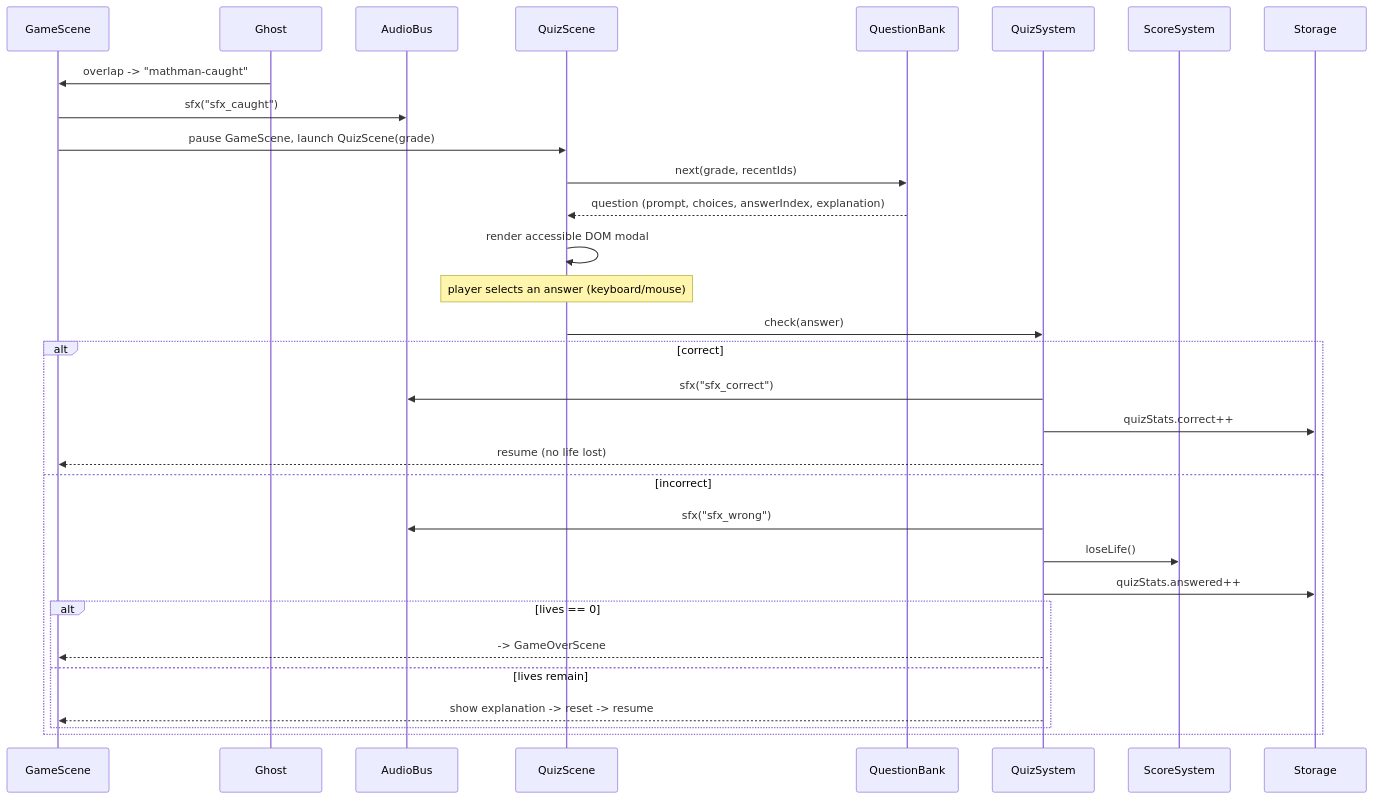
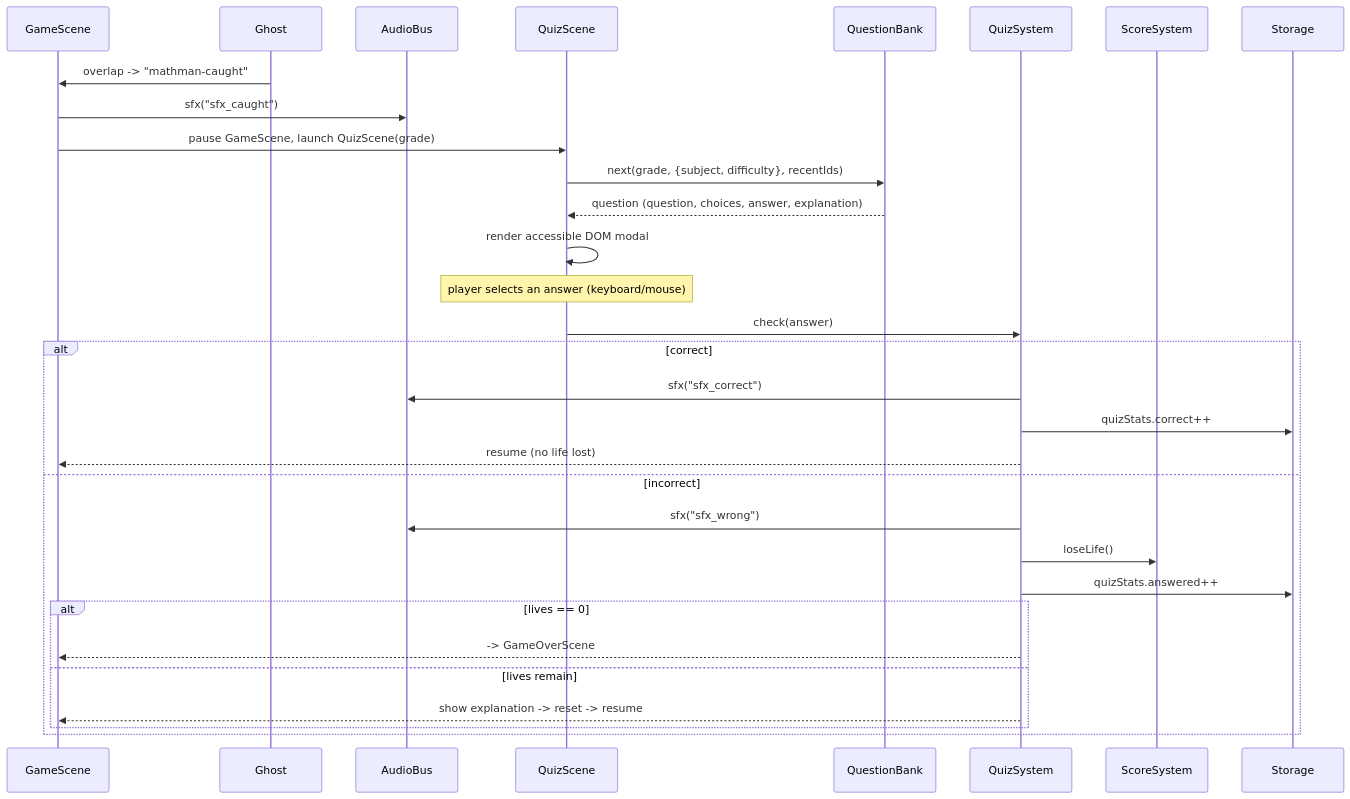
One commit to armandovalenz/kiro-university-challenge changed the fourth of 5 diagrams in .kiro/specs/math-man/design.md. Above: the diagram before and after it, drawn with Mermaid. The commit also changed other lines of this file and 3 other files, not shown here.

````diff
--- a/.kiro/specs/math-man/design.md
+++ b/.kiro/specs/math-man/design.md
@@ -275,34 +279,34 @@
 ```mermaid
 sequenceDiagram
   participant G as GameScene
   participant Gh as Ghost
   participant AB as AudioBus
   participant QS as QuizScene
   participant QB as QuestionBank
   participant Q as QuizSystem
   participant SC as ScoreSystem
   participant ST as Storage
 
   Gh->>G: overlap -> "mathman-caught"
   G->>AB: sfx("sfx_caught")
   G->>QS: pause GameScene, launch QuizScene(grade)
-  QS->>QB: next(grade, recentIds)
-  QB-->>QS: question (prompt, choices, answerIndex, explanation)
+  QS->>QB: next(grade, {subject, difficulty}, recentIds)
+  QB-->>QS: question (question, choices, answer, explanation)
   QS->>QS: render accessible DOM modal
   Note over QS: player selects an answer (keyboard/mouse)
   QS->>Q: check(answer)
   alt correct
     Q->>AB: sfx("sfx_correct")
     Q->>ST: quizStats.correct++
     Q-->>G: resume (no life lost)
   else incorrect
     Q->>AB: sfx("sfx_wrong")
     Q->>SC: loseLife()
     Q->>ST: quizStats.answered++
     alt lives == 0
       Q-->>G: -> GameOverScene
     else lives remain
       Q-->>G: show explanation -> reset -> resume
     end
   end
 ```
````
